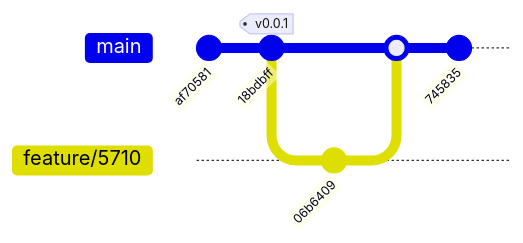
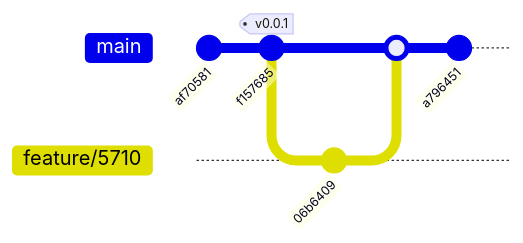
The diagram in README.md (pho-enix/yagt), drawn with Mermaid before and after one commit.

Commit message:
Correct SHAs

````diff
--- a/README.md
+++ b/README.md
@@ -52,11 +52,11 @@
 ```mermaid
 gitGraph
     commit id: "af70581"
-    commit id: "18bdbff" tag: "v0.0.1"
+    commit id: "f157685" tag: "v0.0.1"
     branch feature/5710
     checkout feature/5710
     commit id: "06b6409"
     checkout main
     merge feature/5710
-    commit id: "745835"
+    commit id: "a796451"
 ```
````
